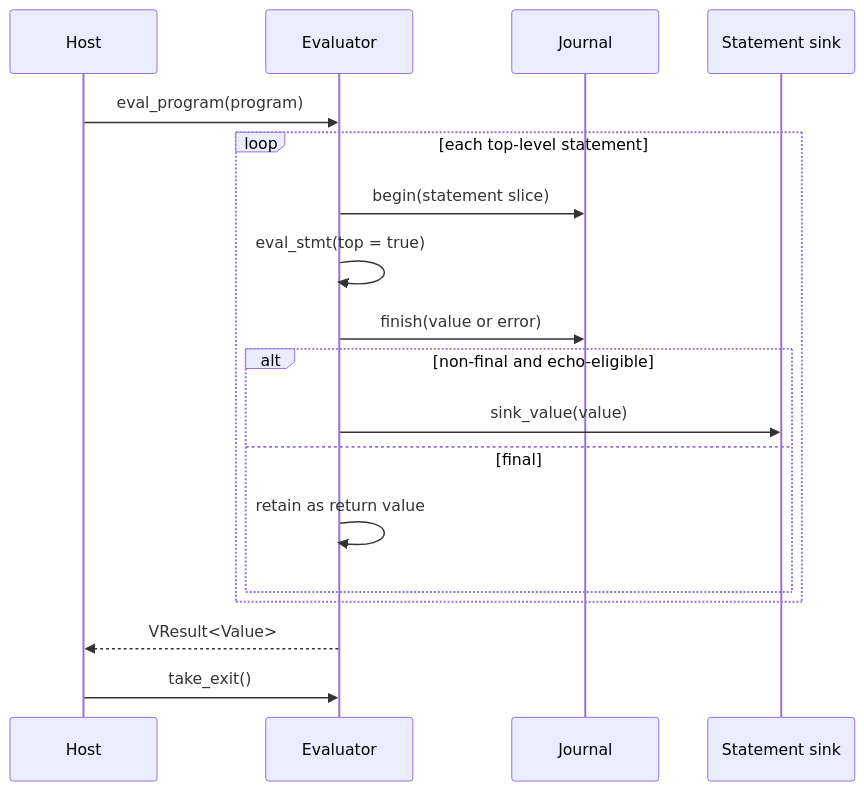
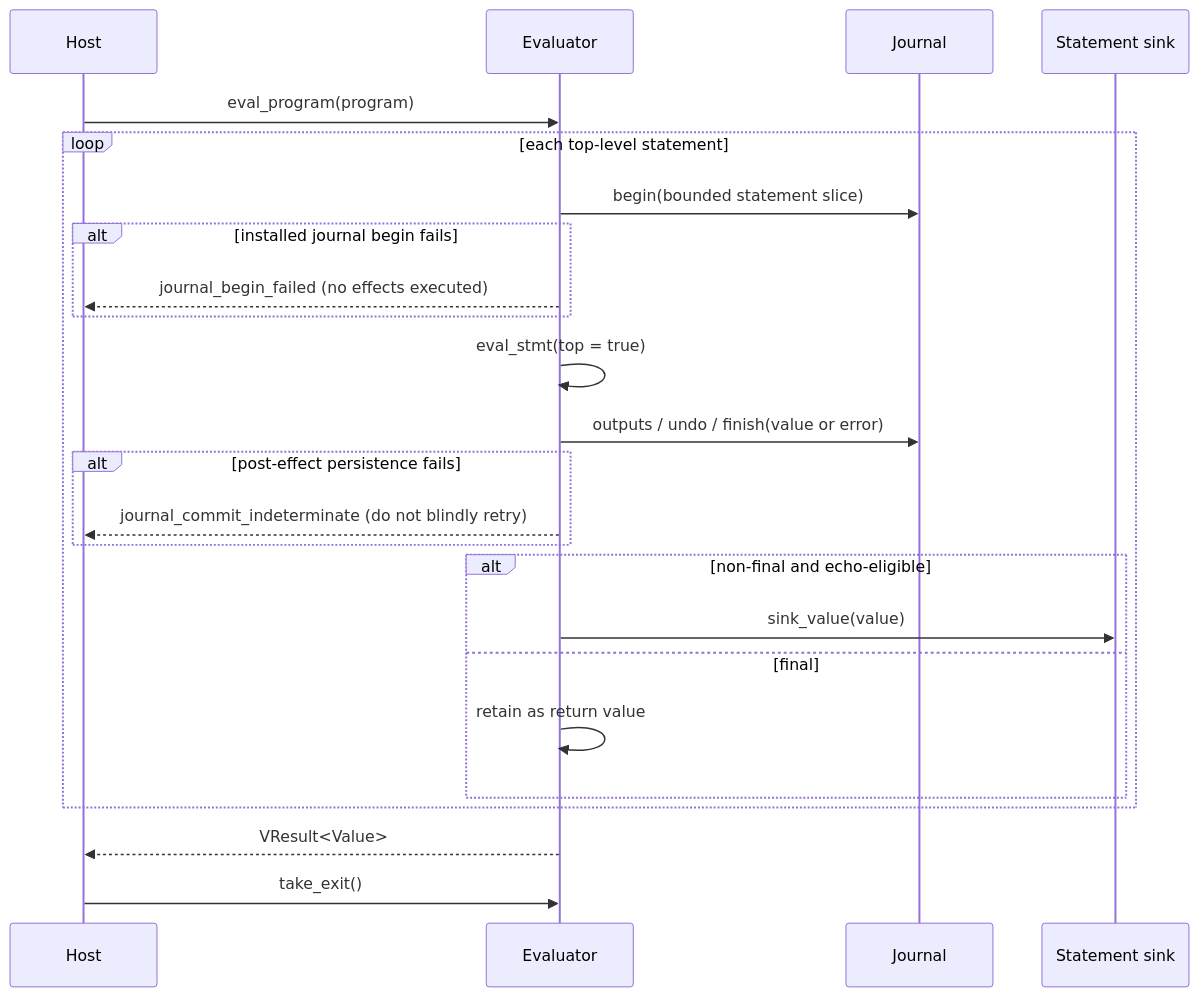
The second of 4 diagrams in site/content/internals/evaluator-state.md (alliecatowo/shoal), drawn with Mermaid before and after one commit. The commit also changed other lines of this file and 11 other files, not shown here.

Commit message:
harden(eval): fail closed on journal persistence

````diff
--- a/site/content/internals/evaluator-state.md
+++ b/site/content/internals/evaluator-state.md
@@ -125,22 +126,28 @@
 ```mermaid
 sequenceDiagram
 accTitle: Program evaluation transaction
 accDescr: Shows the components and relationships described in Program evaluation transaction.
   participant H as Host
   participant E as Evaluator
   participant J as Journal
   participant S as Statement sink
   H->>E: eval_program(program)
   loop each top-level statement
-    E->>J: begin(statement slice)
+    E->>J: begin(bounded statement slice)
+    alt installed journal begin fails
+      E-->>H: journal_begin_failed (no effects executed)
+    end
     E->>E: eval_stmt(top = true)
-    E->>J: finish(value or error)
+    E->>J: outputs / undo / finish(value or error)
+    alt post-effect persistence fails
+      E-->>H: journal_commit_indeterminate (do not blindly retry)
+    end
     alt non-final and echo-eligible
       E->>S: sink_value(value)
     else final
       E->>E: retain as return value
     end
   end
   E-->>H: VResult<Value>
   H->>E: take_exit()
 ```
````
